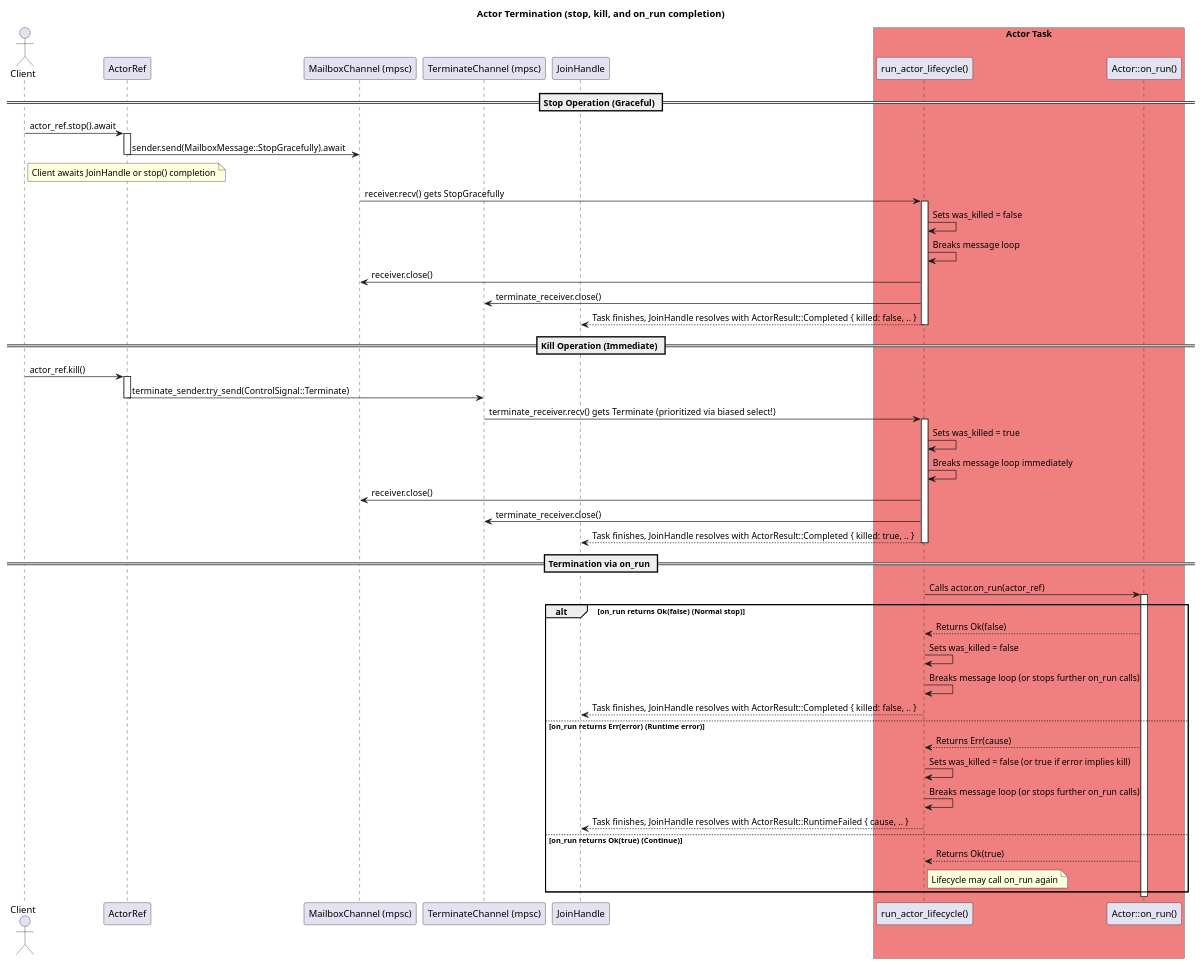
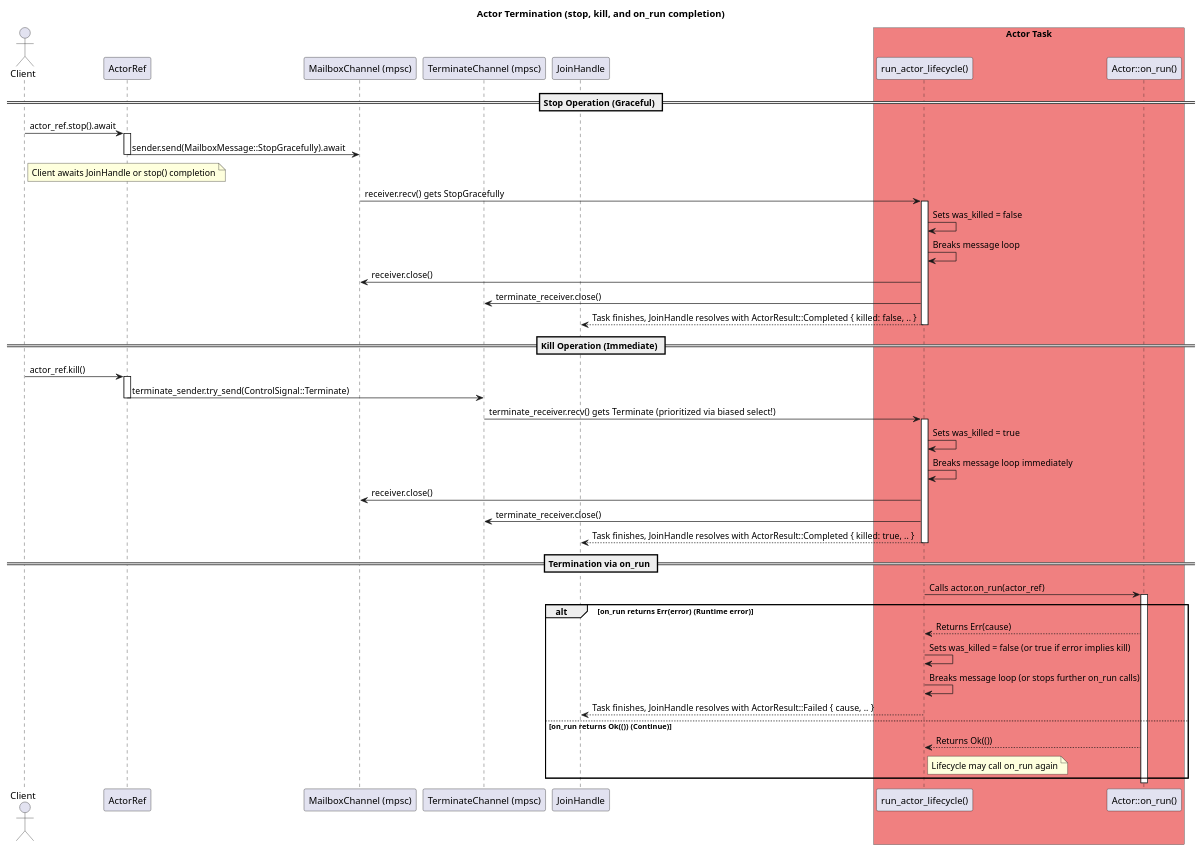
The diagram in docs/termination.puml (hiking90/rsactor), drawn with PlantUML before and after one commit. The commit also changed 6 other files, not shown here.

```diff
--- a/docs/termination.puml
+++ b/docs/termination.puml
@@ -1,68 +1,63 @@
 @startuml Actor Termination
 title Actor Termination (stop, kill, and on_run completion)
 
 actor Client
 participant "ActorRef" as ActorRef_obj
 participant "MailboxChannel (mpsc)" as MailboxChannel
 participant "TerminateChannel (mpsc)" as TerminateChannel
 participant "run_actor_lifecycle()" as Lifecycle
 participant "Actor::on_run()" as on_run_method
 participant "JoinHandle" as JoinHandle_obj
 
 box "Actor Task" #LightCoral
     participant Lifecycle
     participant on_run_method
 end box
 
 == Stop Operation (Graceful) ==
 Client -> ActorRef_obj: actor_ref.stop().await
 activate ActorRef_obj
 ActorRef_obj -> MailboxChannel: sender.send(MailboxMessage::StopGracefully).await
 deactivate ActorRef_obj
 note right of Client: Client awaits JoinHandle or stop() completion
 
 MailboxChannel -> Lifecycle: receiver.recv() gets StopGracefully
 activate Lifecycle
 Lifecycle -> Lifecycle: Sets was_killed = false
 Lifecycle -> Lifecycle: Breaks message loop
 Lifecycle -> MailboxChannel: receiver.close()
 Lifecycle -> TerminateChannel: terminate_receiver.close()
 Lifecycle --> JoinHandle_obj: Task finishes, JoinHandle resolves with ActorResult::Completed { killed: false, .. }
 deactivate Lifecycle
 
 == Kill Operation (Immediate) ==
 Client -> ActorRef_obj: actor_ref.kill()
 activate ActorRef_obj
 ActorRef_obj -> TerminateChannel: terminate_sender.try_send(ControlSignal::Terminate)
 deactivate ActorRef_obj
 
 TerminateChannel -> Lifecycle: terminate_receiver.recv() gets Terminate (prioritized via biased select!)
 activate Lifecycle
 Lifecycle -> Lifecycle: Sets was_killed = true
 Lifecycle -> Lifecycle: Breaks message loop immediately
 Lifecycle -> MailboxChannel: receiver.close()
 Lifecycle -> TerminateChannel: terminate_receiver.close()
 Lifecycle --> JoinHandle_obj: Task finishes, JoinHandle resolves with ActorResult::Completed { killed: true, .. }
 deactivate Lifecycle
 
 == Termination via on_run ==
 Lifecycle -> on_run_method: Calls actor.on_run(actor_ref)
 activate on_run_method
-alt on_run returns Ok(false) (Normal stop)
-    on_run_method --> Lifecycle: Returns Ok(false)
-    Lifecycle -> Lifecycle: Sets was_killed = false
-    Lifecycle -> Lifecycle: Breaks message loop (or stops further on_run calls)
-    Lifecycle --> JoinHandle_obj: Task finishes, JoinHandle resolves with ActorResult::Completed { killed: false, .. }
-else on_run returns Err(error) (Runtime error)
+alt on_run returns Err(error) (Runtime error)
     on_run_method --> Lifecycle: Returns Err(cause)
     Lifecycle -> Lifecycle: Sets was_killed = false (or true if error implies kill)
     Lifecycle -> Lifecycle: Breaks message loop (or stops further on_run calls)
-    Lifecycle --> JoinHandle_obj: Task finishes, JoinHandle resolves with ActorResult::RuntimeFailed { cause, .. }
-else on_run returns Ok(true) (Continue)
-    on_run_method --> Lifecycle: Returns Ok(true)
+    Lifecycle --> JoinHandle_obj: Task finishes, JoinHandle resolves with ActorResult::Failed { cause, .. }
+else on_run returns Ok(()) (Continue)
+    on_run_method --> Lifecycle: Returns Ok(())
     note right of Lifecycle: Lifecycle may call on_run again
 end
 deactivate on_run_method
 deactivate Lifecycle
 
 @enduml
```
